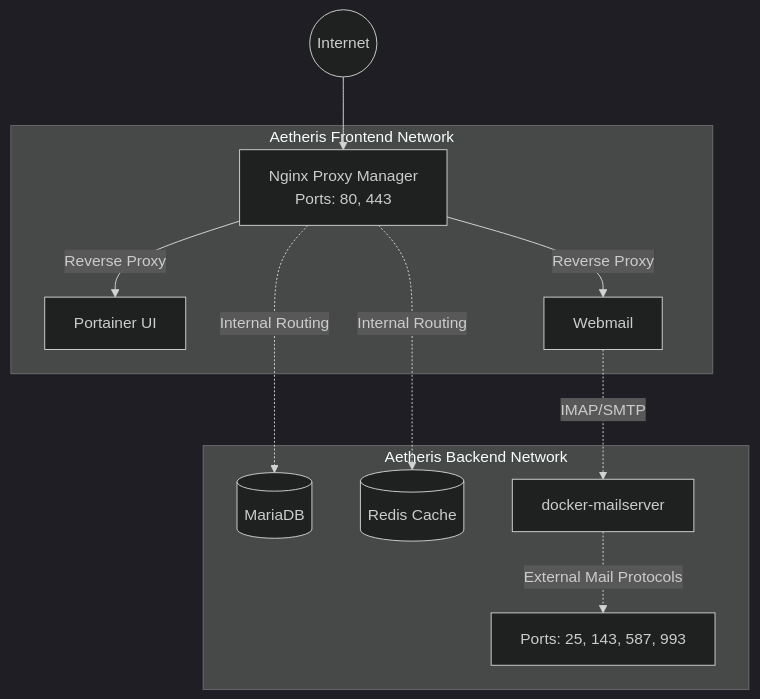
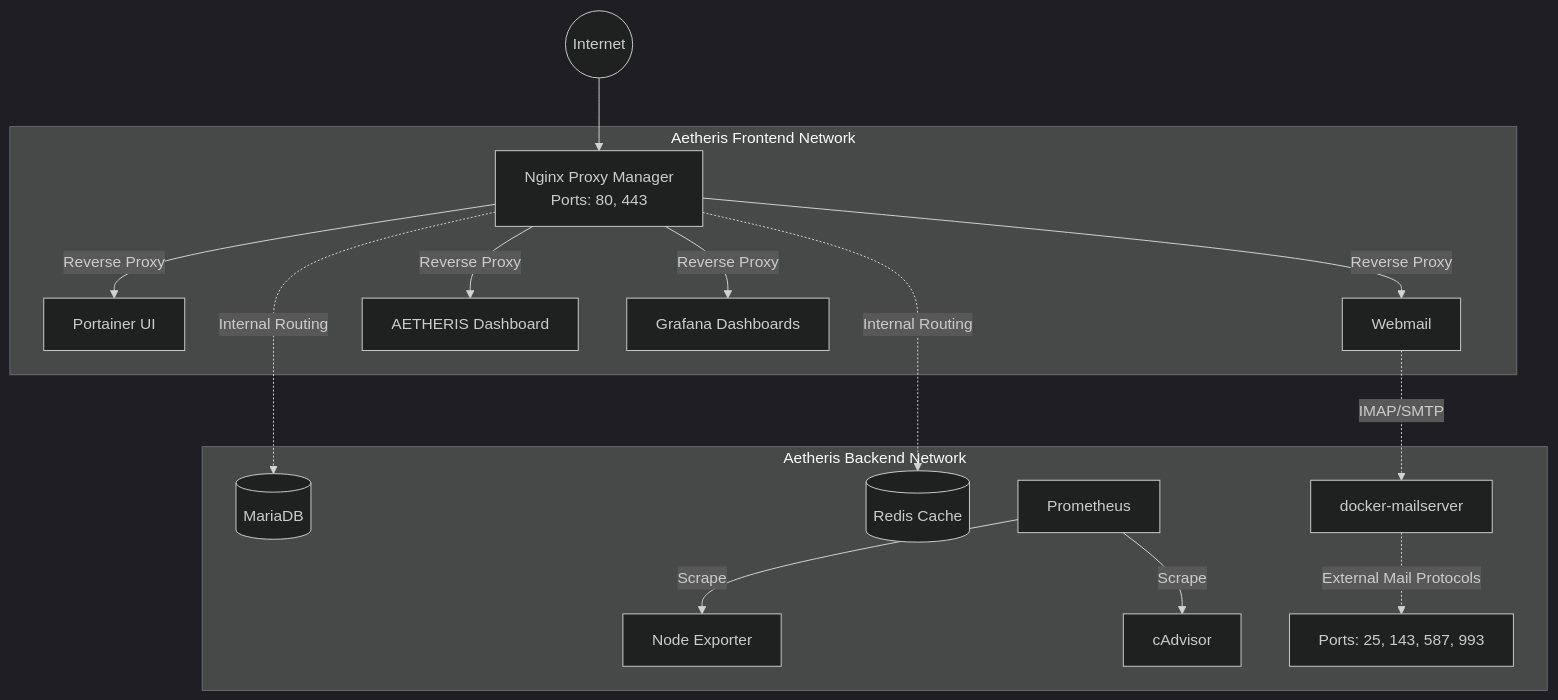
The diagram in README.md (Cylae/AETHERIS), drawn with Mermaid (dark theme) before and after one commit. The commit also changed other lines of this file and 37 other files, not shown here.

````diff
--- a/README.md
+++ b/README.md
@@ -15,17 +16,21 @@
 ```mermaid
 graph TD;
     Internet((Internet)) --> NPM[Nginx Proxy Manager<br/>Ports: 80, 443]
 
     subgraph Aetheris Frontend Network
         NPM -->|Reverse Proxy| Portainer[Portainer UI]
         NPM -->|Reverse Proxy| Roundcube[Webmail]
+        NPM -->|Reverse Proxy| Dashboard[AETHERIS Dashboard]
+        NPM -->|Reverse Proxy| Grafana[Grafana Dashboards]
     end
 
     subgraph Aetheris Backend Network
         NPM -.->|Internal Routing| MariaDB[(MariaDB)]
         NPM -.->|Internal Routing| Redis[(Redis Cache)]
+        Prometheus -->|Scrape| NodeExporter[Node Exporter]
+        Prometheus -->|Scrape| cAdvisor[cAdvisor]
 
         Roundcube -.->|IMAP/SMTP| Mailserver[docker-mailserver]
         Mailserver -.->|External Mail Protocols| External[Ports: 25, 143, 587, 993]
     end
 ```
````
